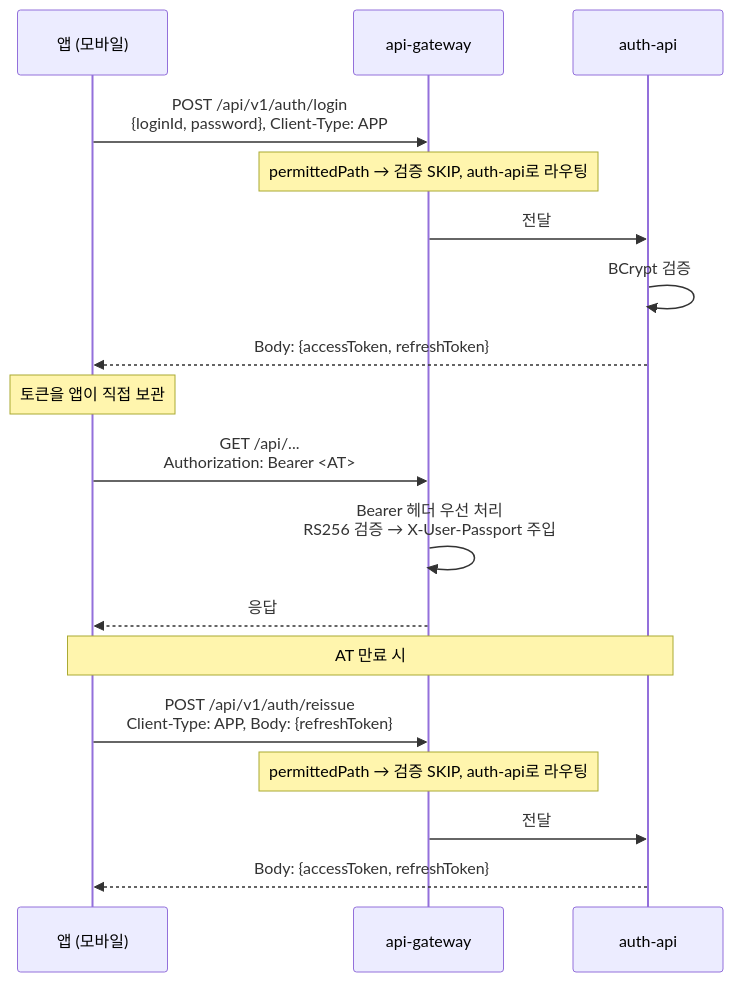
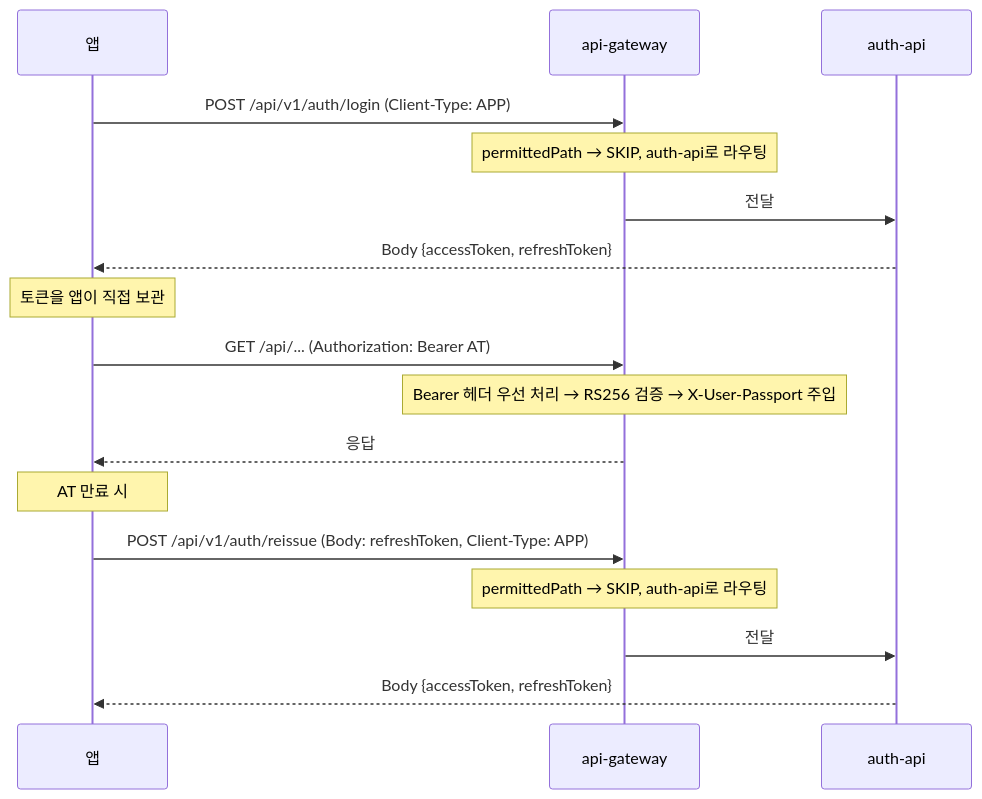
One commit to JNU-econovation/auth-common changed the fifth of 6 diagrams in docs/SEQUENCE-DIAGRAMS.md. Above: the diagram before and after it, drawn with Mermaid. The commit also changed other lines of this file, not shown here.

Commit message:
docs: Mermaid 호환성 수정 (br 태그, rect rgb 제거)

````diff
--- a/docs/SEQUENCE-DIAGRAMS.md
+++ b/docs/SEQUENCE-DIAGRAMS.md
@@ -99,24 +88,23 @@
 ```mermaid
 sequenceDiagram
-    participant APP as 앱 (모바일)
+    participant APP as 앱
     participant GW as api-gateway
     participant AUTH as auth-api
 
-    APP->>GW: POST /api/v1/auth/login<br/>{loginId, password}, Client-Type: APP
-    Note over GW: permittedPath → 검증 SKIP, auth-api로 라우팅
+    APP->>GW: POST /api/v1/auth/login (Client-Type: APP)
+    Note over GW: permittedPath → SKIP, auth-api로 라우팅
     GW->>AUTH: 전달
-    AUTH->>AUTH: BCrypt 검증
-    AUTH-->>APP: Body: {accessToken, refreshToken}
+    AUTH-->>APP: Body {accessToken, refreshToken}
 
     Note over APP: 토큰을 앱이 직접 보관
 
-    APP->>GW: GET /api/...<br/>Authorization: Bearer <AT>
-    GW->>GW: Bearer 헤더 우선 처리<br/>RS256 검증 → X-User-Passport 주입
+    APP->>GW: GET /api/... (Authorization: Bearer AT)
+    Note over GW: Bearer 헤더 우선 처리 → RS256 검증 → X-User-Passport 주입
     GW-->>APP: 응답
 
-    Note over APP,AUTH: AT 만료 시
-    APP->>GW: POST /api/v1/auth/reissue<br/>Client-Type: APP, Body: {refreshToken}
-    Note over GW: permittedPath → 검증 SKIP, auth-api로 라우팅
+    Note over APP: AT 만료 시
+    APP->>GW: POST /api/v1/auth/reissue (Body: refreshToken, Client-Type: APP)
+    Note over GW: permittedPath → SKIP, auth-api로 라우팅
     GW->>AUTH: 전달
-    AUTH-->>APP: Body: {accessToken, refreshToken}
+    AUTH-->>APP: Body {accessToken, refreshToken}
 ```
````
